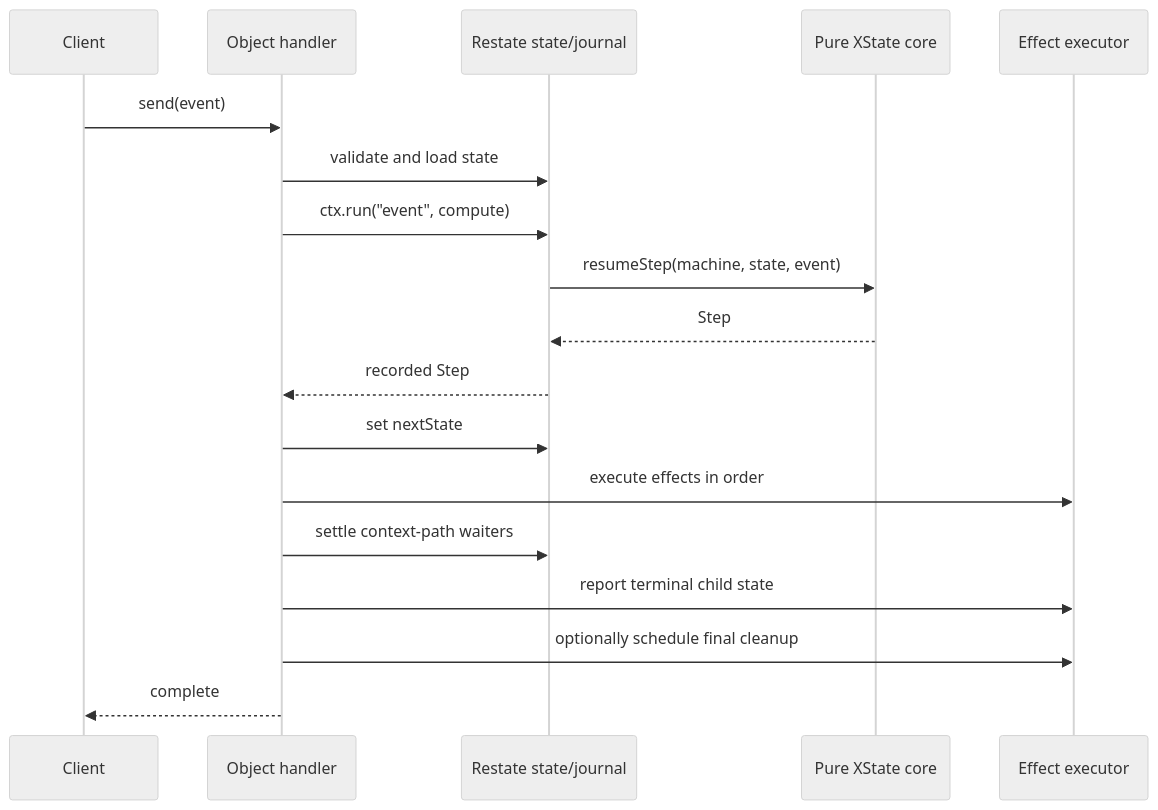
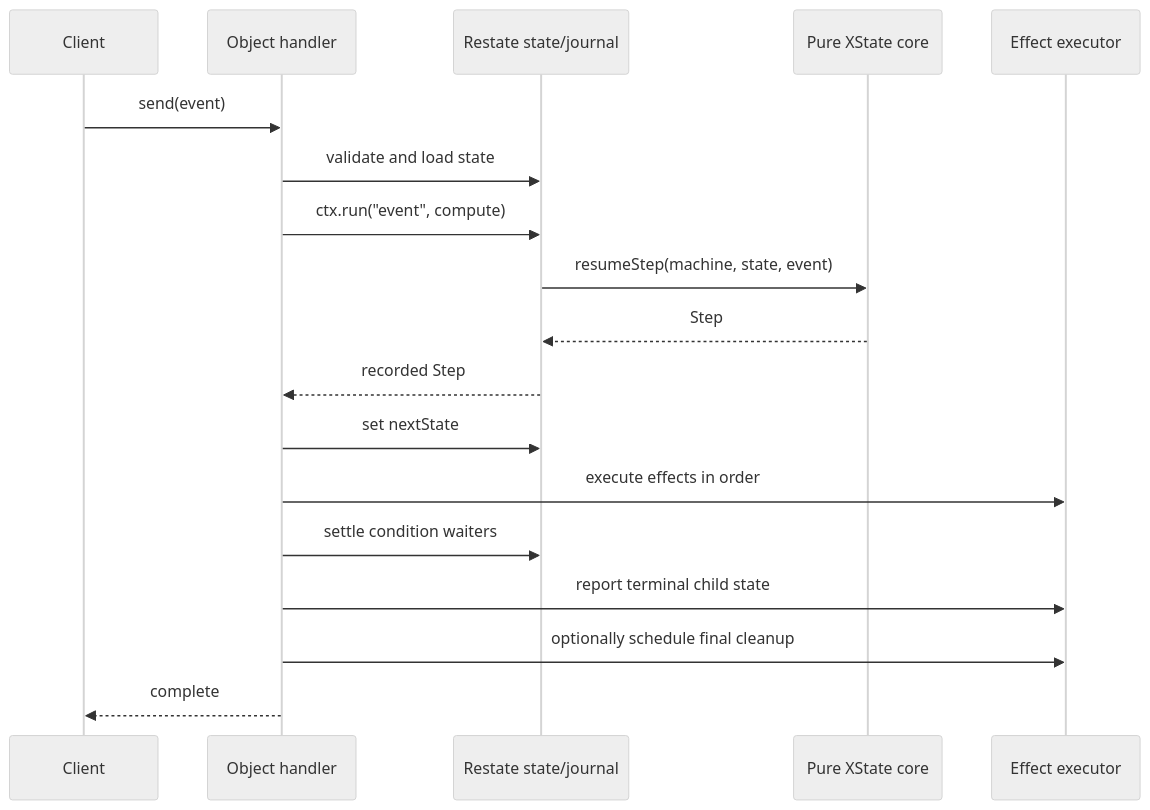
One commit to restatedev/xstate-transitions changed the second of 2 diagrams in packages/xstate-transitions/MANUAL.md. Above: the diagram before and after it, drawn with Mermaid (neutral theme). The commit also changed other lines of this file and 20 other files, not shown here.

````diff
--- a/packages/xstate-transitions/MANUAL.md
+++ b/packages/xstate-transitions/MANUAL.md
@@ -1007,21 +1012,21 @@
 ```mermaid
 sequenceDiagram
     participant C as Client
     participant H as Object handler
     participant R as Restate state/journal
     participant X as Pure XState core
     participant E as Effect executor
 
     C->>H: send(event)
     H->>R: validate and load state
     H->>R: ctx.run("event", compute)
     R->>X: resumeStep(machine, state, event)
     X-->>R: Step
     R-->>H: recorded Step
     H->>R: set nextState
     H->>E: execute effects in order
-    H->>R: settle context-path waiters
+    H->>R: settle condition waiters
     H->>E: report terminal child state
     H->>E: optionally schedule final cleanup
     H-->>C: complete
 ```
````
